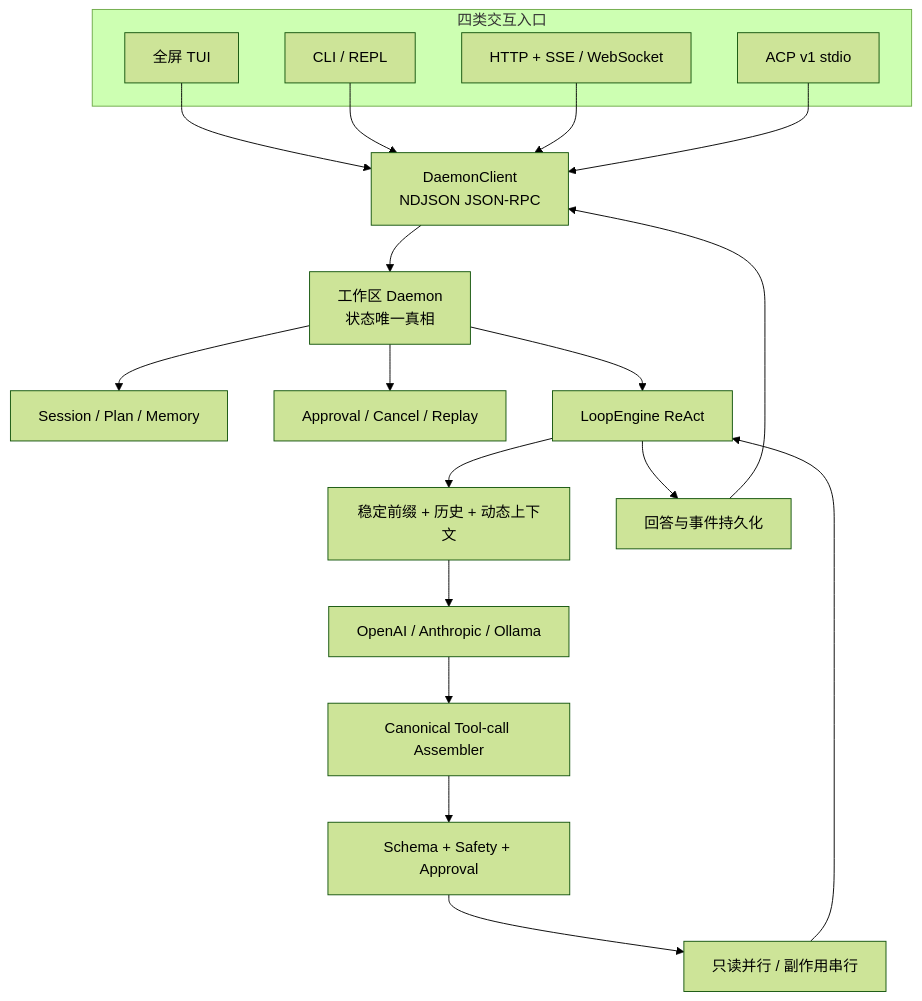
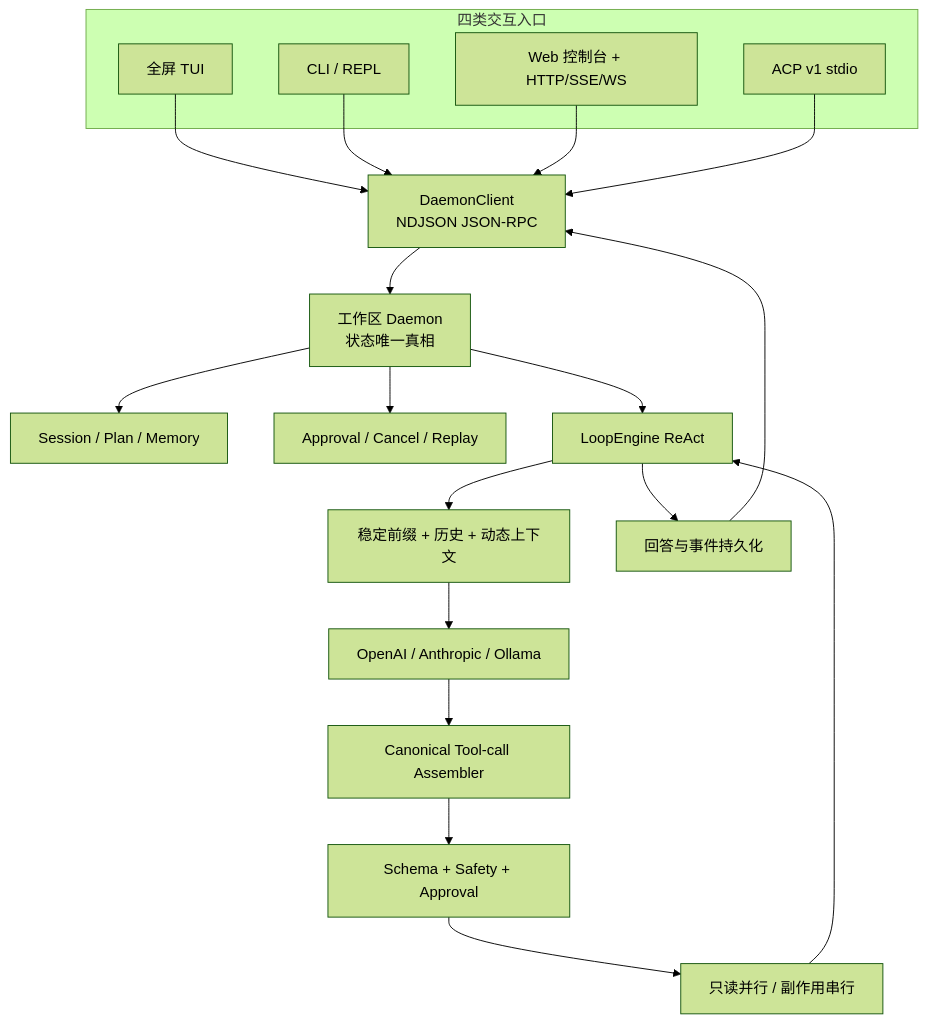
The diagram in README.md (wangyichen666/agent-daemon), drawn with Mermaid (forest theme) before and after one commit. The commit also changed other lines of this file and 20 other files, not shown here.

````diff
--- a/README.md
+++ b/README.md
@@ -74,28 +77,28 @@
 ```mermaid
 flowchart TB
     subgraph Entry[四类交互入口]
         TUI[全屏 TUI]
         CLI[CLI / REPL]
-        API[HTTP + SSE / WebSocket]
+        API[Web 控制台 + HTTP/SSE/WS]
         ACP[ACP v1 stdio]
     end
 
     TUI --> Client[DaemonClient\nNDJSON JSON-RPC]
     CLI --> Client
     API --> Client
     ACP --> Client
     Client --> Daemon[工作区 Daemon\n状态唯一真相]
 
     Daemon --> Session[Session / Plan / Memory]
     Daemon --> Control[Approval / Cancel / Replay]
     Daemon --> Engine[LoopEngine ReAct]
 
     Engine --> Context[稳定前缀 + 历史 + 动态上下文]
     Context --> Provider[OpenAI / Anthropic / Ollama]
     Provider --> Assembler[Canonical Tool-call Assembler]
     Assembler --> Safety[Schema + Safety + Approval]
     Safety --> Tools[只读并行 / 副作用串行]
     Tools --> Engine
     Engine --> Persist[回答与事件持久化]
     Persist --> Client
 ```
````
